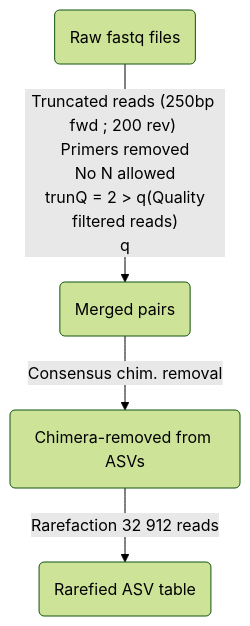
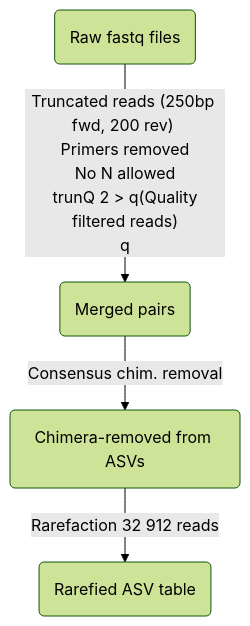
One commit to plchagnon/Lonicera---Coralie changed the first of 2 diagrams in README.md. Above: the diagram before and after it, drawn with Mermaid (forest theme).

````diff
--- a/README.md
+++ b/README.md
@@ -69,7 +69,7 @@
 ```mermaid
 flowchart TD
-raw(Raw fastq files) -- Truncated reads (250bp fwd ; 200 rev) <br> Primers removed <br> No N allowed <br> trunQ = 2 > q(Quality filtered reads)
+raw(Raw fastq files) -- Truncated reads (250bp fwd, 200 rev) <br> Primers removed <br> No N allowed <br> trunQ 2 > q(Quality filtered reads)
 q-->m(Merged pairs)
 m-- Consensus chim. removal -->chim(Chimera-removed from ASVs)
 chim-- Rarefaction 32 912 reads-->rar(Rarefied ASV table) 
 ```
````
